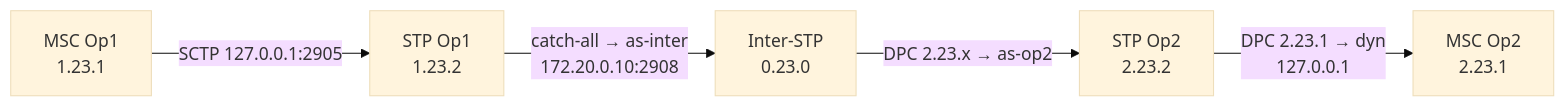
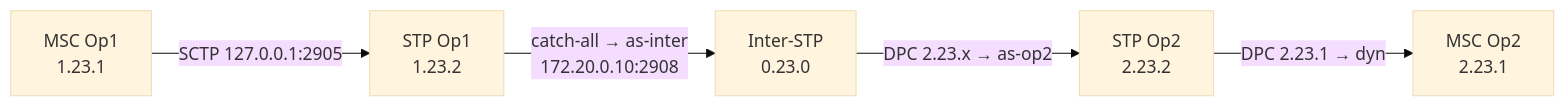
Before and after one commit to bbaranoff/osmo-operator: the fifth of 5 diagrams in README.md, drawn with Mermaid (base theme). The commit also changed other lines of this file, not shown here.

````diff
--- a/README.md
+++ b/README.md
@@ -186,7 +535,7 @@
 ```mermaid
 flowchart LR
-    MSC_A["MSC Op1\n1.23.1"] -->|"SCTP 127.0.0.1:2905"| STP_A["STP Op1\n1.23.2"]
-    STP_A -->|"catch-all → as-inter\n172.20.0.10:2908"| INTER["Inter-STP\n0.23.0"]
-    INTER -->|"DPC 2.23.x → as-op2"| STP_B["STP Op2\n2.23.2"]
-    STP_B -->|"DPC 2.23.1 → dyn\n127.0.0.1"| MSC_B["MSC Op2\n2.23.1"]
+    MSC_A["MSC Op1<br/>1.23.1"] -->|"SCTP 127.0.0.1:2905"| STP_A["STP Op1<br/>1.23.2"]
+    STP_A -->|"catch-all → as-inter<br/>172.20.0.10:2908"| INTER["Inter-STP<br/>0.23.0"]
+    INTER -->|"DPC 2.23.x → as-op2"| STP_B["STP Op2<br/>2.23.2"]
+    STP_B -->|"DPC 2.23.1 → dyn"| MSC_B["MSC Op2<br/>2.23.1"]
 ```
````
